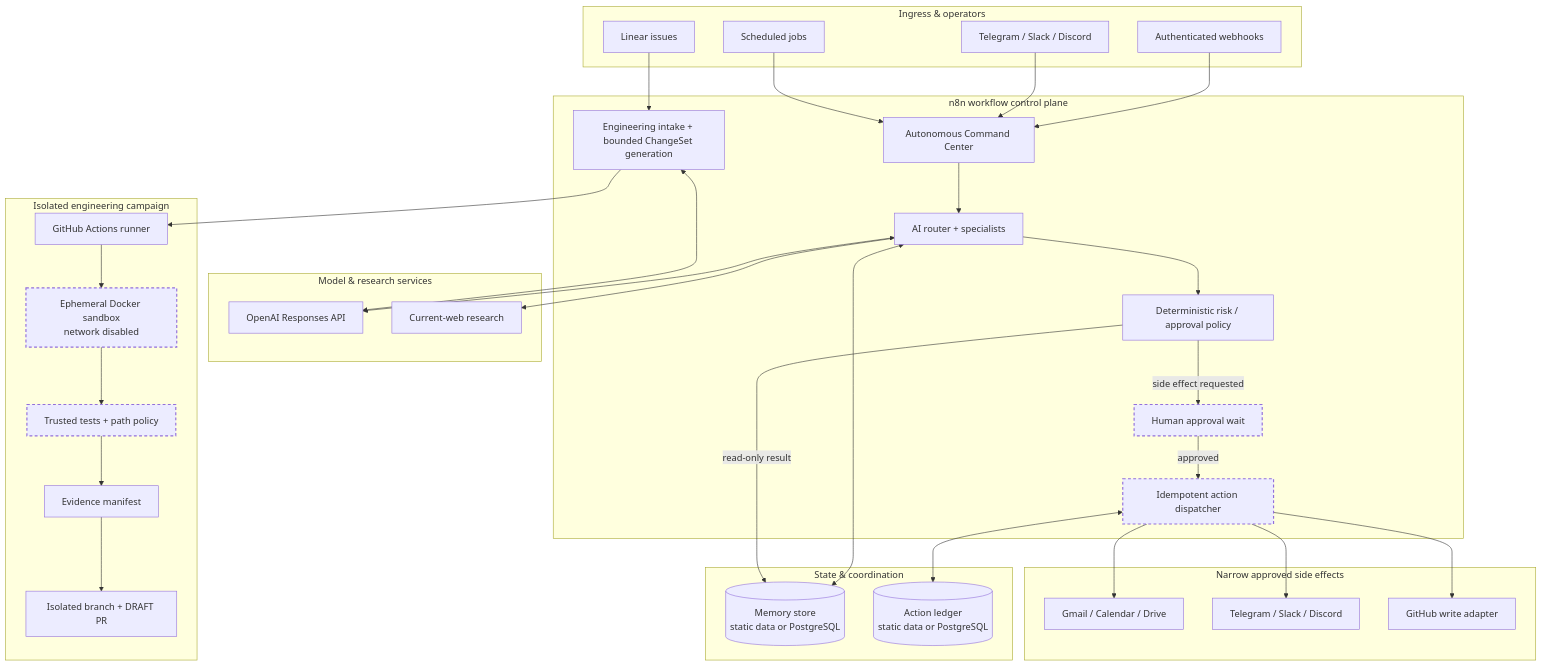
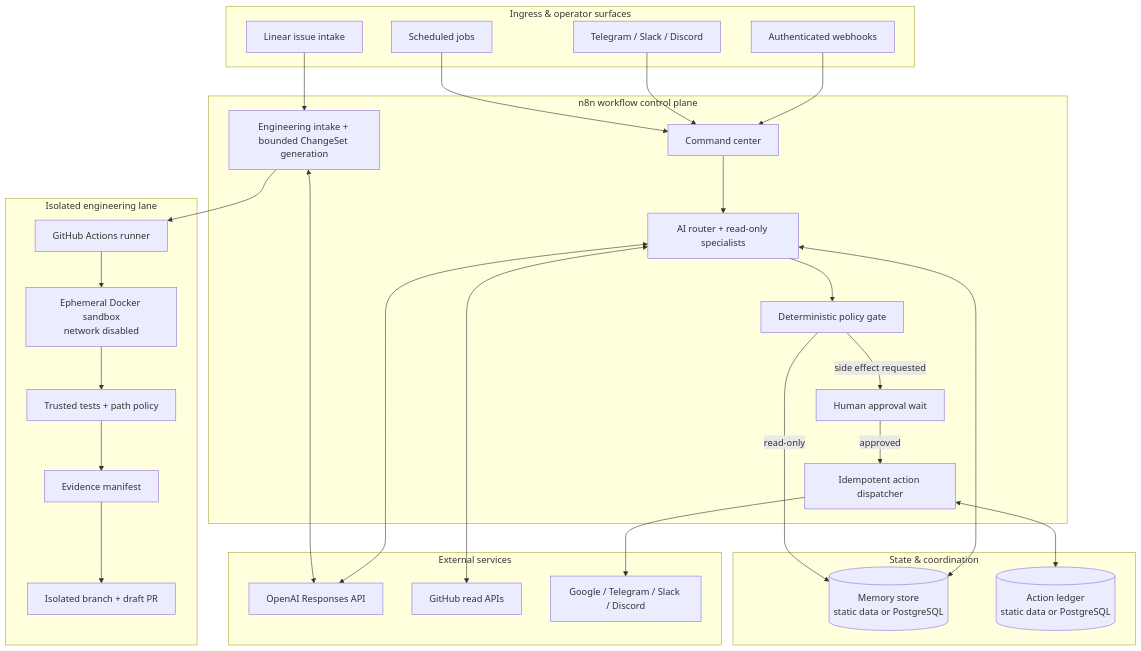
Before and after one commit to SaridakisStamatisChristos/Workflows-N8N: the diagram in README.md, drawn with Mermaid. The commit also changed other lines of this file and 14 other files, not shown here.

````diff
--- a/README.md
+++ b/README.md
@@ -7,69 +18,59 @@
 ```mermaid
 flowchart TB
-  subgraph Ingress["Ingress & operators"]
-    Linear["Linear issues"]
+  subgraph Ingress["Ingress & operator surfaces"]
     Webhooks["Authenticated webhooks"]
-    Operator["Telegram / Slack / Discord"]
+    Operators["Telegram / Slack / Discord"]
     Schedules["Scheduled jobs"]
+    Linear["Linear issue intake"]
   end
 
   subgraph N8N["n8n workflow control plane"]
-    Command["Autonomous Command Center"]
-    Router["AI router + specialists"]
-    Risk["Deterministic risk / approval policy"]
+    Command["Command center"]
+    Router["AI router + read-only specialists"]
+    Policy["Deterministic policy gate"]
     Approval["Human approval wait"]
     Dispatcher["Idempotent action dispatcher"]
     Engineering["Engineering intake + bounded ChangeSet generation"]
   end
 
   subgraph State["State & coordination"]
     Memory[("Memory store\nstatic data or PostgreSQL")]
     Ledger[("Action ledger\nstatic data or PostgreSQL")]
   end
 
-  subgraph Intelligence["Model & research services"]
+  subgraph External["External services"]
     OpenAI["OpenAI Responses API"]
-    Research["Current-web research"]
+    GitHubRead["GitHub read APIs"]
+    Providers["Google / Telegram / Slack / Discord"]
   end
 
-  subgraph Effects["Narrow approved side effects"]
-    Google["Gmail / Calendar / Drive"]
-    Messaging["Telegram / Slack / Discord"]
-    GitHubWrite["GitHub write adapter"]
-  end
-
-  subgraph Campaign["Isolated engineering campaign"]
+  subgraph EngineeringLane["Isolated engineering lane"]
     Actions["GitHub Actions runner"]
     Sandbox["Ephemeral Docker sandbox\nnetwork disabled"]
     Verify["Trusted tests + path policy"]
     Evidence["Evidence manifest"]
-    DraftPR["Isolated branch + DRAFT PR"]
+    DraftPR["Isolated branch + draft PR"]
   end
 
   Webhooks --> Command
-  Operator --> Command
+  Operators --> Command
   Schedules --> Command
   Command --> Router
   Router <--> OpenAI
-  Router --> Research
-  Router --> Risk
+  Router <--> GitHubRead
   Router <--> Memory
-  Risk -->|"read-only result"| Memory
-  Risk -->|"side effect requested"| Approval
+  Router --> Policy
+  Policy -->|"read-only"| Memory
+  Policy -->|"side effect requested"| Approval
   Approval -->|"approved"| Dispatcher
   Dispatcher <--> Ledger
-  Dispatcher --> Google
-  Dispatcher --> Messaging
-  Dispatcher --> GitHubWrite
+  Dispatcher --> Providers
 
   Linear --> Engineering
   Engineering <--> OpenAI
   Engineering --> Actions
   Actions --> Sandbox
   Sandbox --> Verify
   Verify --> Evidence
   Evidence --> DraftPR
-
-  classDef boundary stroke-width:2px,stroke-dasharray:5 4;
-  class Approval,Sandbox,Verify,Dispatcher boundary;
 ```
````
